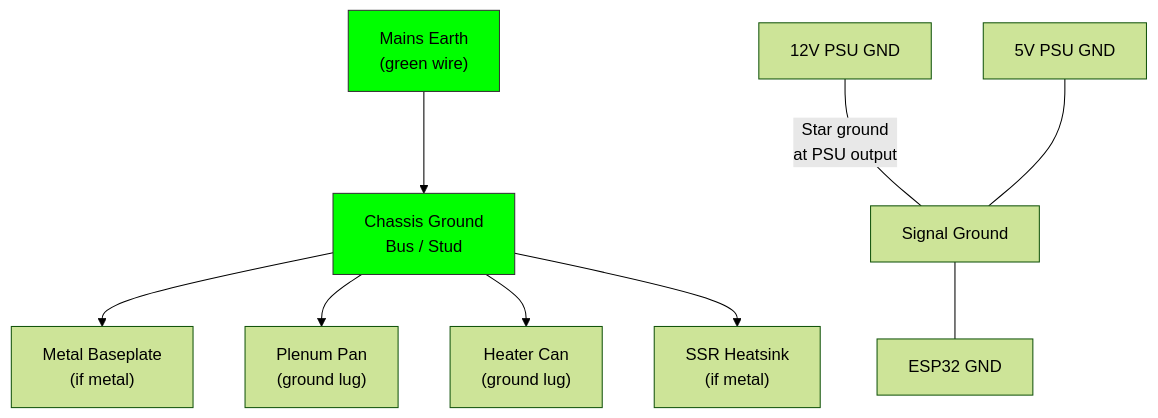
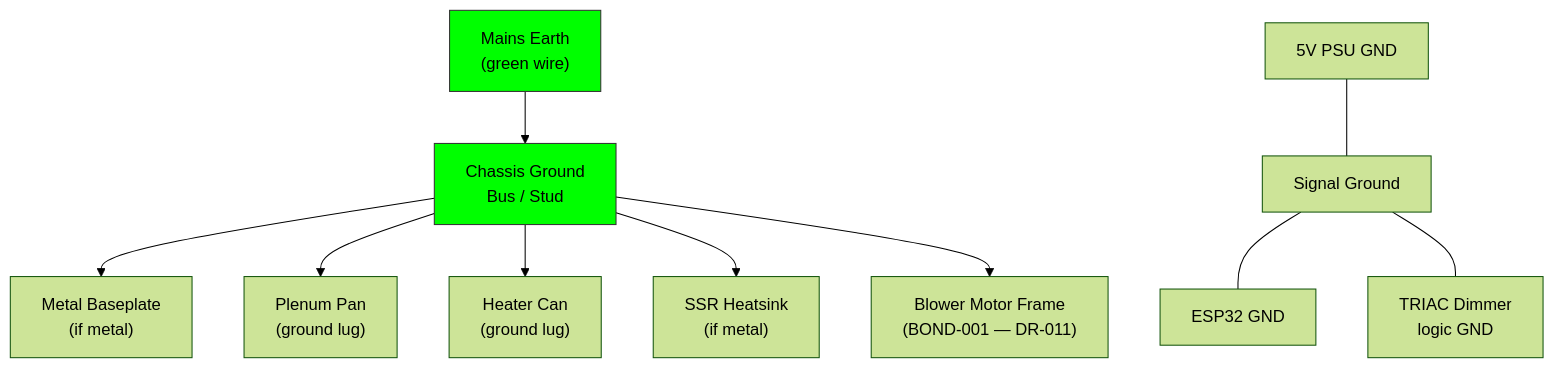
The fifth of 5 diagrams in docs/electrical/schematics/power-schematic.md (tom-jordan23/roaster), drawn with Mermaid (forest theme) before and after one commit. The commit also changed other lines of this file and 9 other files, not shown here.

````diff
--- a/docs/electrical/schematics/power-schematic.md
+++ b/docs/electrical/schematics/power-schematic.md
@@ -149,16 +166,17 @@
 ```mermaid
 graph TD
     MAINS_GND["Mains Earth\n(green wire)"] --> GND_BUS["Chassis Ground\nBus / Stud"]
 
     GND_BUS --> BASE["Metal Baseplate\n(if metal)"]
     GND_BUS --> PLEN["Plenum Pan\n(ground lug)"]
     GND_BUS --> HTR_CAN["Heater Can\n(ground lug)"]
     GND_BUS --> SSR_HS["SSR Heatsink\n(if metal)"]
+    GND_BUS --> BLWR_FRAME["Blower Motor Frame\n(BOND-001 — DR-011)"]
 
-    V12_GND["12V PSU GND"] ---|"Star ground\nat PSU output"| SIG_GND["Signal Ground"]
-    V5_GND["5V PSU GND"] --- SIG_GND
+    V5_GND["5V PSU GND"] --- SIG_GND["Signal Ground"]
     SIG_GND --- ESP_GND["ESP32 GND"]
+    SIG_GND --- DIM_GND["TRIAC Dimmer\nlogic GND"]
 
     style GND_BUS fill:#0f0,stroke:#333
     style MAINS_GND fill:#0f0,stroke:#333
 ```
````
